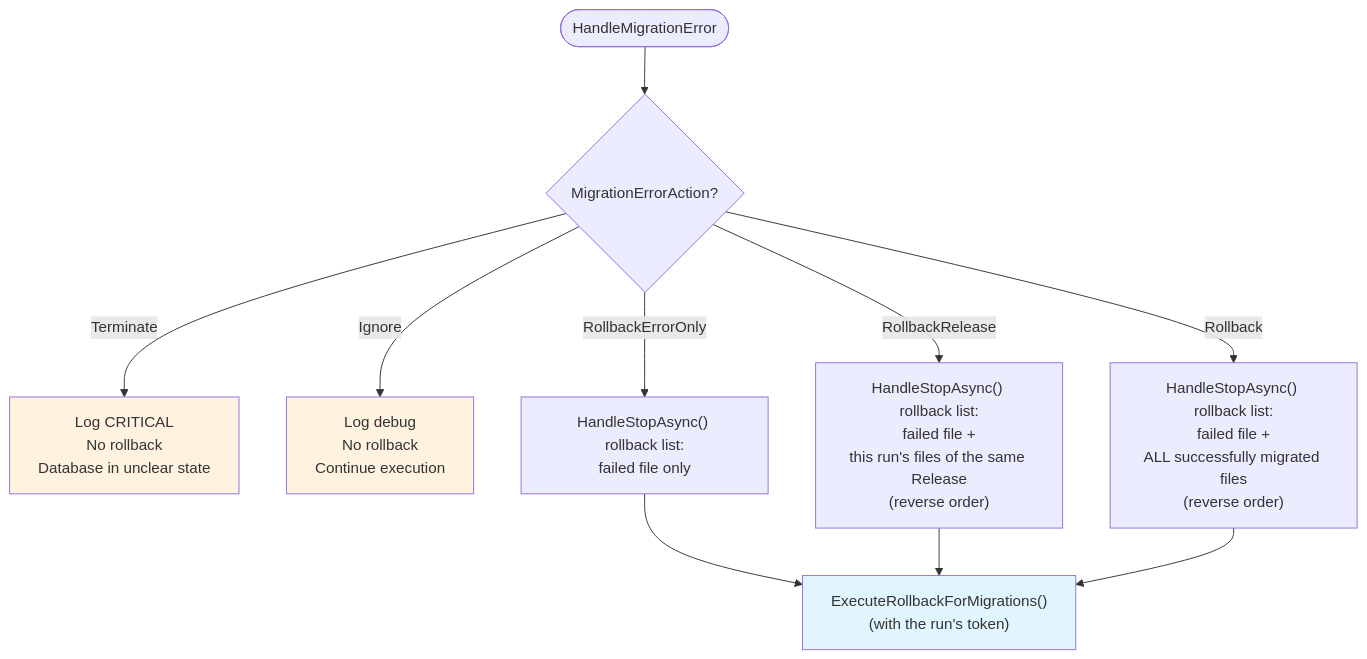
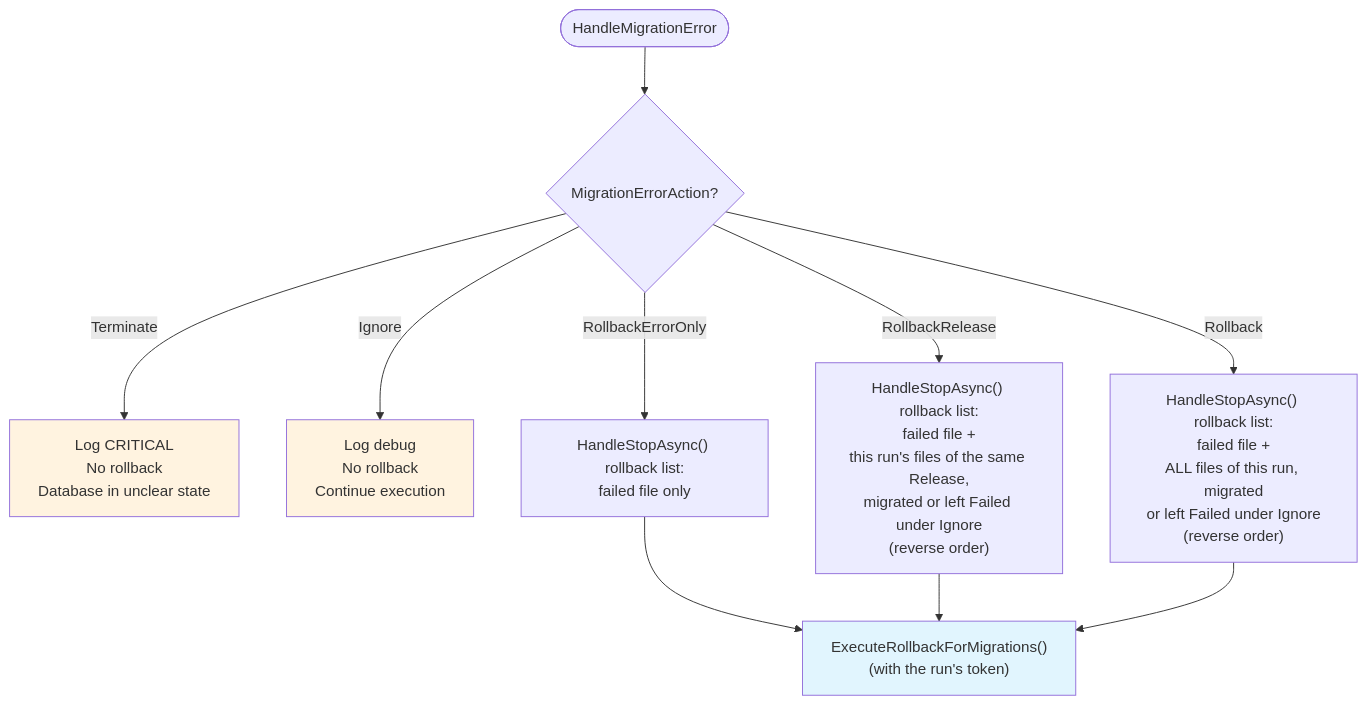
The third of 6 diagrams in Docs/04-service-layer/activity-diagrams.md (RAYCOON/RayMigrator), drawn with Mermaid before and after one commit. The commit also changed other lines of this file and 60 other files, not shown here.

````diff
--- a/Docs/04-service-layer/activity-diagrams.md
+++ b/Docs/04-service-layer/activity-diagrams.md
@@ -142,23 +142,23 @@
 ```mermaid
 flowchart TD
     Start([HandleMigrationError]) --> Switch{MigrationErrorAction?}
 
     Switch -->|Terminate| LogTerminate["Log CRITICAL<br/>No rollback<br/>Database in unclear state"]
 
     Switch -->|Ignore| LogIgnore["Log debug<br/>No rollback<br/>Continue execution"]
 
     Switch -->|RollbackErrorOnly| BuildOne["HandleStopAsync() rollback list:<br/>failed file only"]
     BuildOne --> ExecRB
 
-    Switch -->|RollbackRelease| BuildRelease["HandleStopAsync() rollback list:<br/>failed file +<br/>this run's files of the same Release<br/>(reverse order)"]
+    Switch -->|RollbackRelease| BuildRelease["HandleStopAsync() rollback list:<br/>failed file +<br/>this run's files of the same Release,<br/>migrated or left Failed under Ignore<br/>(reverse order)"]
     BuildRelease --> ExecRB
 
-    Switch -->|Rollback| BuildAll["HandleStopAsync() rollback list:<br/>failed file +<br/>ALL successfully migrated files<br/>(reverse order)"]
+    Switch -->|Rollback| BuildAll["HandleStopAsync() rollback list:<br/>failed file +<br/>ALL files of this run, migrated<br/>or left Failed under Ignore<br/>(reverse order)"]
     BuildAll --> ExecRB
 
     ExecRB["ExecuteRollbackForMigrations()<br/>(with the run's token)"]
 
     style LogTerminate fill:#fff3e0
     style LogIgnore fill:#fff3e0
     style ExecRB fill:#e1f5fe
 ```
````
